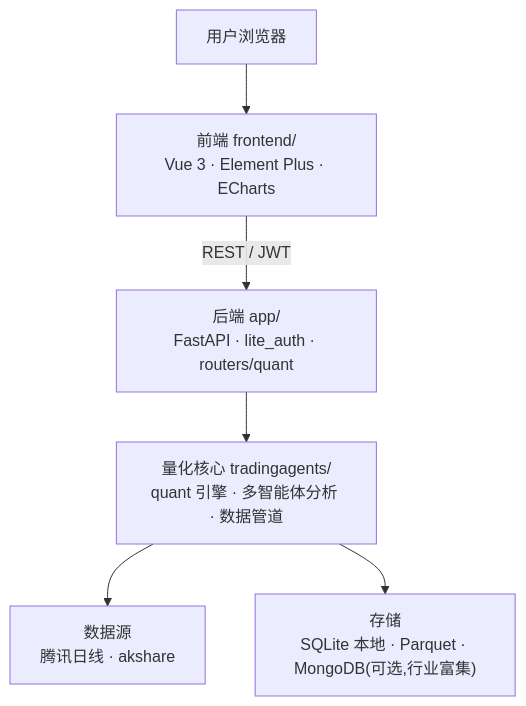
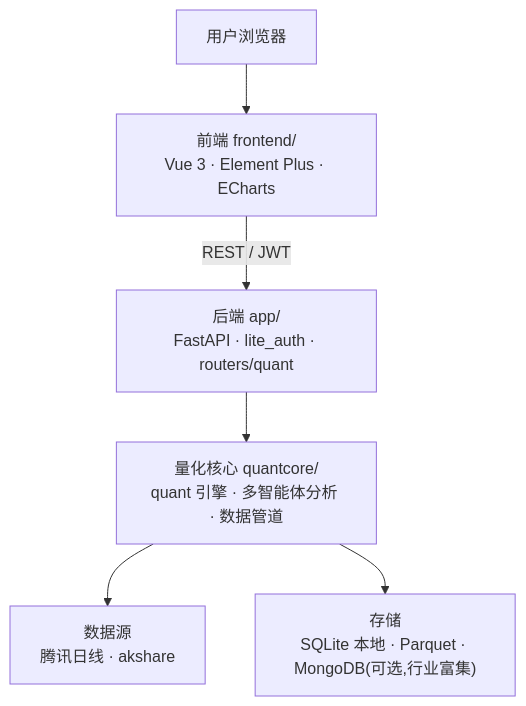
Before and after one commit to ma2ong/LynxAgent: the diagram in README.md, drawn with Mermaid. The commit also changed other lines of this file and 40 other files, not shown here.

First line of the commit message:
refactor: rename import package tradingagents -> quantcore

````diff
--- a/README.md
+++ b/README.md
@@ -35,8 +35,8 @@
 ```mermaid
 flowchart TD
     U[用户浏览器] --> FE["前端 frontend/<br/>Vue 3 · Element Plus · ECharts"]
     FE -->|REST / JWT| BE["后端 app/<br/>FastAPI · lite_auth · routers/quant"]
-    BE --> CORE["量化核心 tradingagents/<br/>quant 引擎 · 多智能体分析 · 数据管道"]
+    BE --> CORE["量化核心 quantcore/<br/>quant 引擎 · 多智能体分析 · 数据管道"]
     CORE --> DS["数据源<br/>腾讯日线 · akshare"]
     CORE --> ST["存储<br/>SQLite 本地 · Parquet · MongoDB(可选,行业富集)"]
 ```
````
